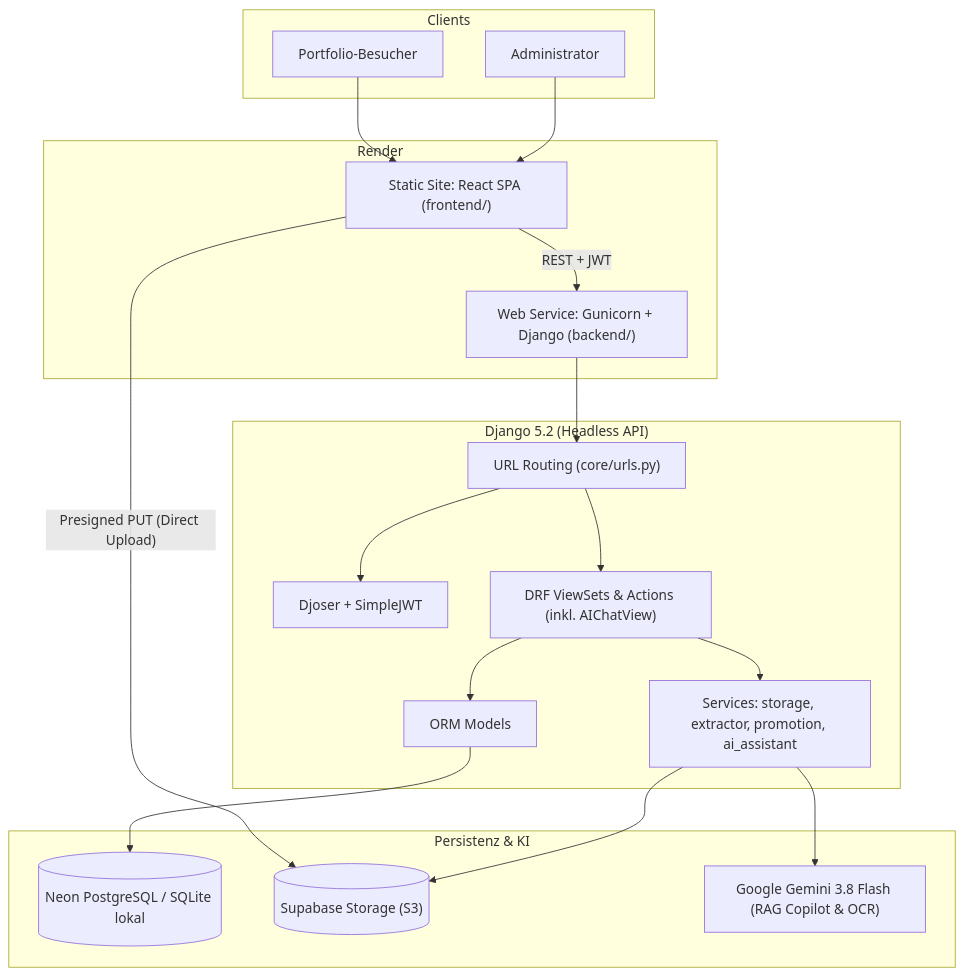
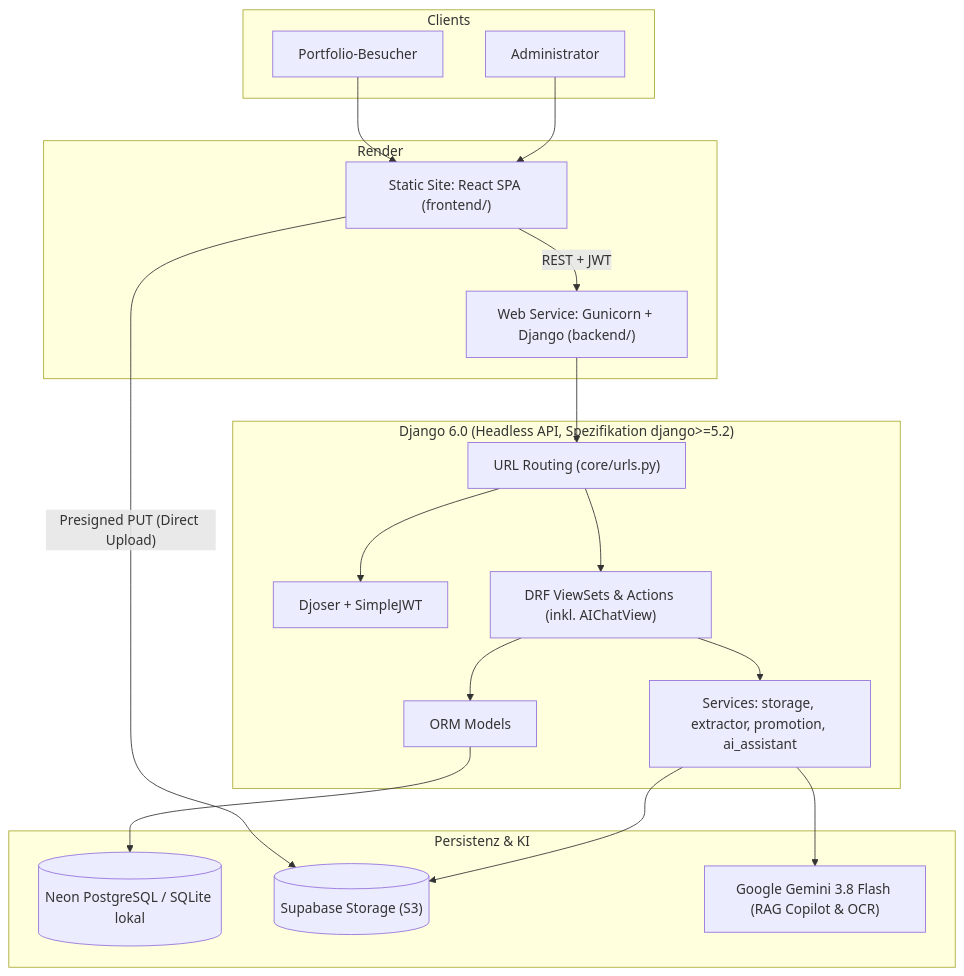
One commit to dfluechter/portfolio_project changed the first of 4 diagrams in docs/architecture.md. Above: the diagram before and after it, drawn with Mermaid. The commit also changed other lines of this file and 32 other files, not shown here.

````diff
--- a/docs/architecture.md
+++ b/docs/architecture.md
@@ -13,39 +13,39 @@
 ```mermaid
 graph TB
     subgraph Clients["Clients"]
         Visitor["Portfolio-Besucher"]
         Admin["Administrator"]
     end
 
     subgraph RenderHosting["Render"]
         StaticSite["Static Site: React SPA (frontend/)"]
         WebService["Web Service: Gunicorn + Django (backend/)"]
     end
 
-    subgraph Backend["Django 5.2 (Headless API)"]
+    subgraph Backend["Django 6.0 (Headless API, Spezifikation django>=5.2)"]
         CoreUrls["URL Routing (core/urls.py)"]
         AuthModule["Djoser + SimpleJWT"]
         ViewSets["DRF ViewSets & Actions (inkl. AIChatView)"]
         Services["Services: storage, extractor, promotion, ai_assistant"]
         Models["ORM Models"]
     end
 
     subgraph Storage["Persistenz & KI"]
         NeonDB[("Neon PostgreSQL / SQLite lokal")]
         SupabaseS3[("Supabase Storage (S3)")]
         Gemini["Google Gemini 3.8 Flash (RAG Copilot & OCR)"]
     end
 
     Visitor --> StaticSite
     Admin --> StaticSite
     StaticSite -->|"REST + JWT"| WebService
     StaticSite -->|"Presigned PUT (Direct Upload)"| SupabaseS3
     WebService --> CoreUrls
     CoreUrls --> AuthModule
     CoreUrls --> ViewSets
     ViewSets --> Services
     ViewSets --> Models
     Models --> NeonDB
     Services --> SupabaseS3
     Services --> Gemini
 ```
````
